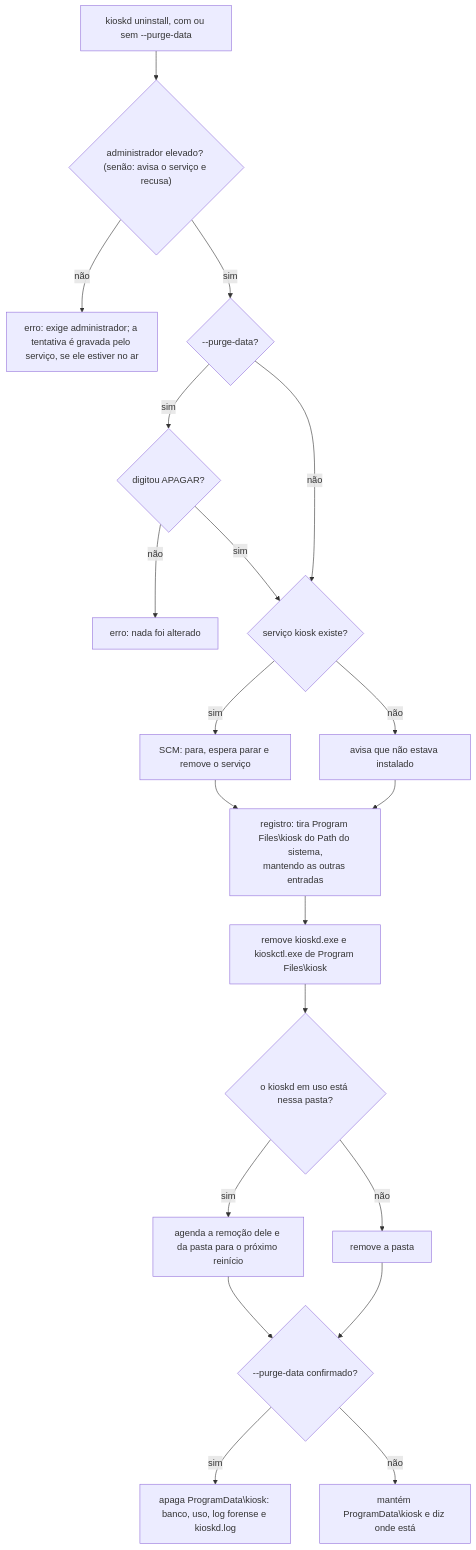
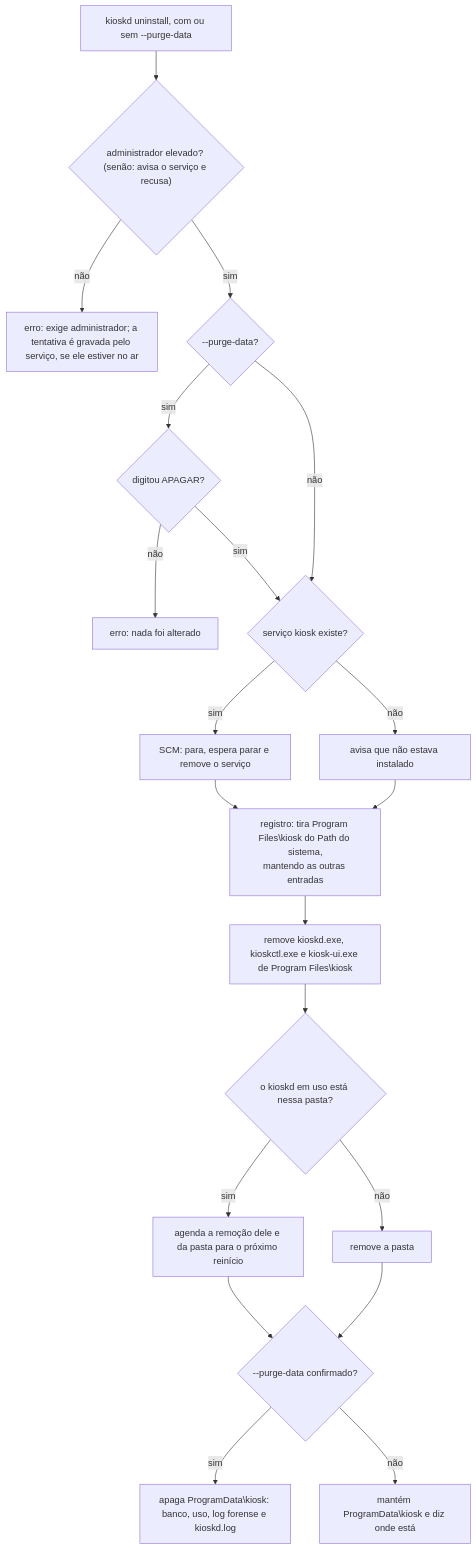
Diagram 19 of 30 in docs/architecture/fluxos-dos-comandos.md (jefersonlop3s/kiosk-engine), drawn with Mermaid before and after one commit. The commit also changed other lines of this file and 18 other files, not shown here.

First line of the commit message:
feat(ui): kiosk-ui.exe, a bandeja da criança (ADR-004, E-004 F3 etapa 2)

````diff
--- a/docs/architecture/fluxos-dos-comandos.md
+++ b/docs/architecture/fluxos-dos-comandos.md
@@ -305,22 +305,22 @@
 ```mermaid
 flowchart TD
     A["kioskd uninstall, com ou sem --purge-data"] --> A0{"administrador elevado? (senão: avisa o serviço e recusa)"}
     A0 -->|não| E0["erro: exige administrador; a tentativa é gravada pelo serviço, se ele estiver no ar"]
     A0 -->|sim| B{"--purge-data?"}
     B -->|sim| C{"digitou APAGAR?"}
     C -->|não| E1["erro: nada foi alterado"]
     C -->|sim| D
     B -->|não| D{"serviço kiosk existe?"}
     D -->|sim| F["SCM: para, espera parar e remove o serviço"]
     D -->|não| G["avisa que não estava instalado"]
     F --> Q["registro: tira Program Files\kiosk do Path do sistema,<br/>mantendo as outras entradas"]
     G --> Q
-    Q --> H["remove kioskd.exe e kioskctl.exe de Program Files\kiosk"]
+    Q --> H["remove kioskd.exe, kioskctl.exe e kiosk-ui.exe de Program Files\kiosk"]
     H --> I{"o kioskd em uso está nessa pasta?"}
     I -->|sim| J["agenda a remoção dele e da pasta para o próximo reinício"]
     I -->|não| K["remove a pasta"]
     J --> L{"--purge-data confirmado?"}
     K --> L
     L -->|sim| M["apaga ProgramData\kiosk: banco, uso, log forense e kioskd.log"]
     L -->|não| N["mantém ProgramData\kiosk e diz onde está"]
 ```
````
